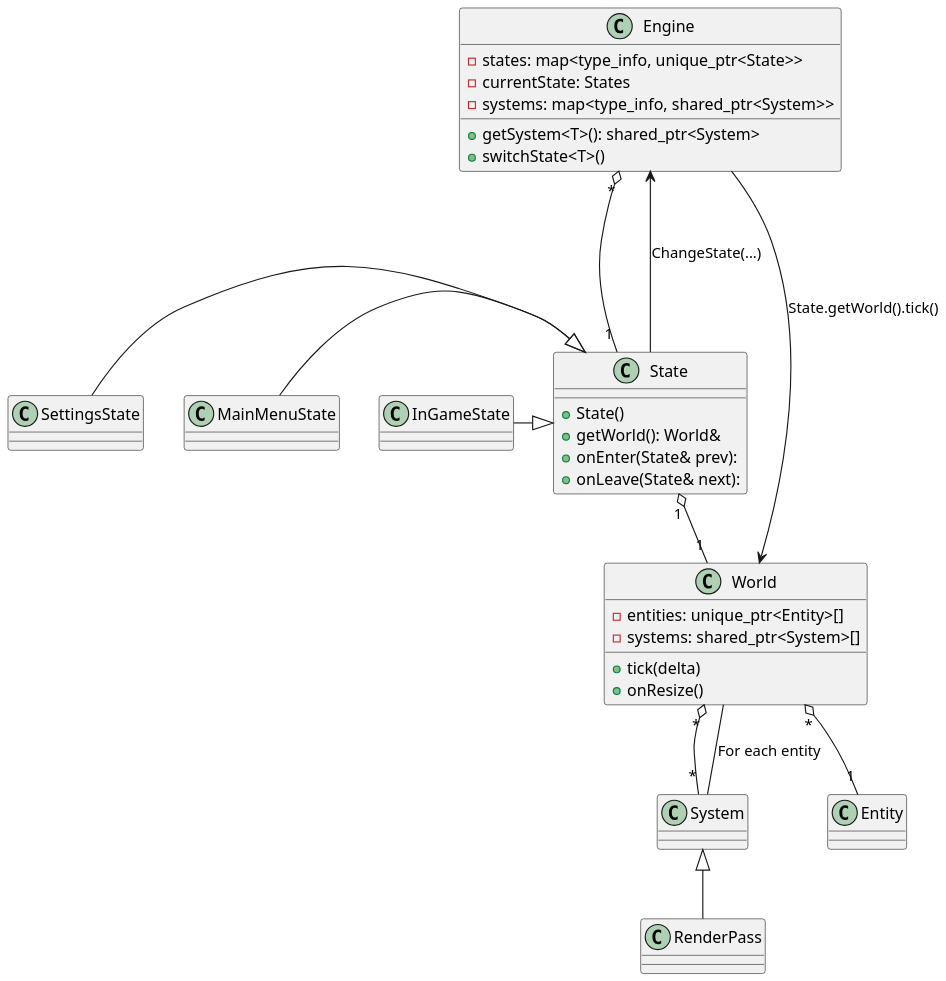
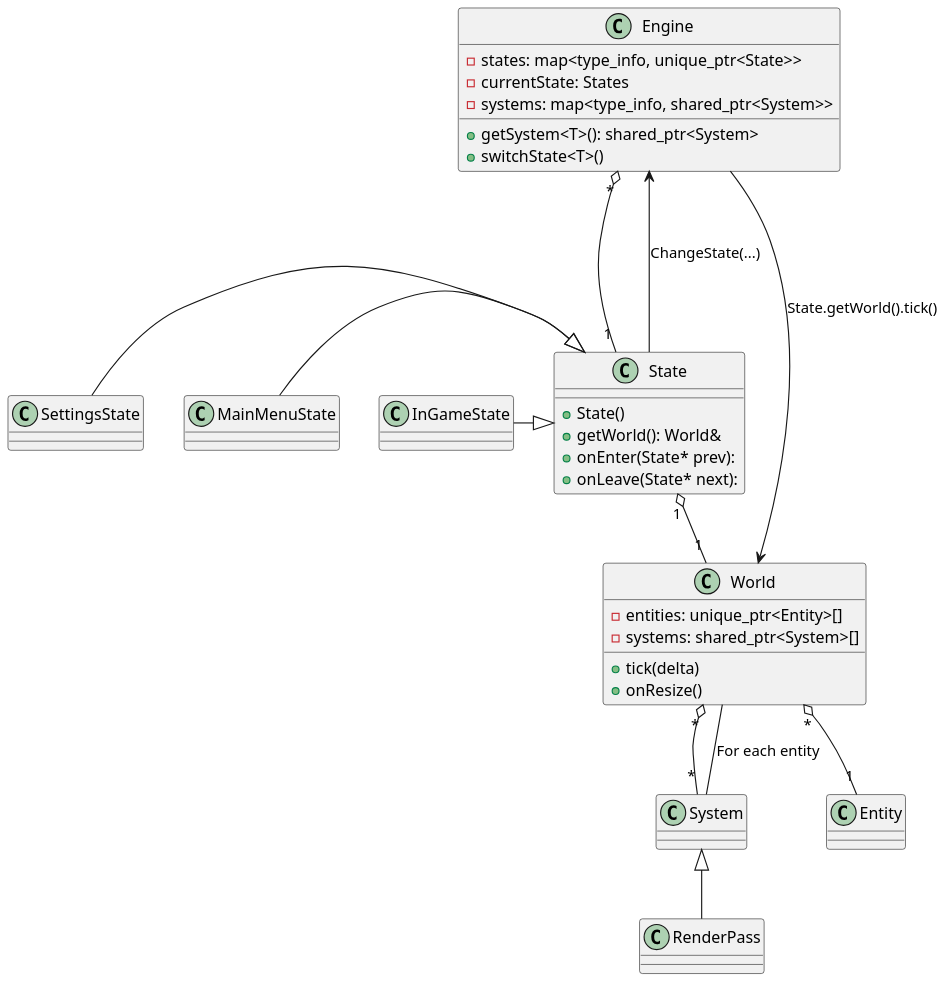
Before and after one commit to Vild/TrigonOverthrow: the diagram in docs/States.org, drawn with PlantUML. The commit also changed 11 other files, not shown here.

```diff
--- a/docs/States.org
+++ b/docs/States.org
@@ -2,51 +2,51 @@
 #+begin_src plantuml :file States.png
 scale 1.5
 class World {
 +tick(delta)
 +onResize()
 
 -entities: unique_ptr<Entity>[]
 -systems: shared_ptr<System>[]
 }
 
 class State {
 +State()
 +getWorld(): World&
-+onEnter(State& prev):
-+onLeave(State& next):
++onEnter(State* prev):
++onLeave(State* next):
 }
 
 class MainMenuState
 class SettingsState
 class InGameState
 State <|-left- MainMenuState
 State <|-left- SettingsState
 State <|-left- InGameState
 
 class Engine {
 -states: map<type_info, unique_ptr<State>>
 -currentState: States
 -systems: map<type_info, shared_ptr<System>>
 
 +getSystem<T>(): shared_ptr<System>
 +switchState<T>()
 }
 class System
 class RenderPass extends System
 class Entity
 
 Engine --> World : State.getWorld().tick()
 
 World "*" o-- "1" Entity
 
 Engine "*" o--- "1" State
 
 World "*" o-- "*" System
 
 System -- World : For each entity
 
 State "1" o-- "1" World
 
 State -up-> Engine : ChangeState(...)
 
 #+end_src
```
